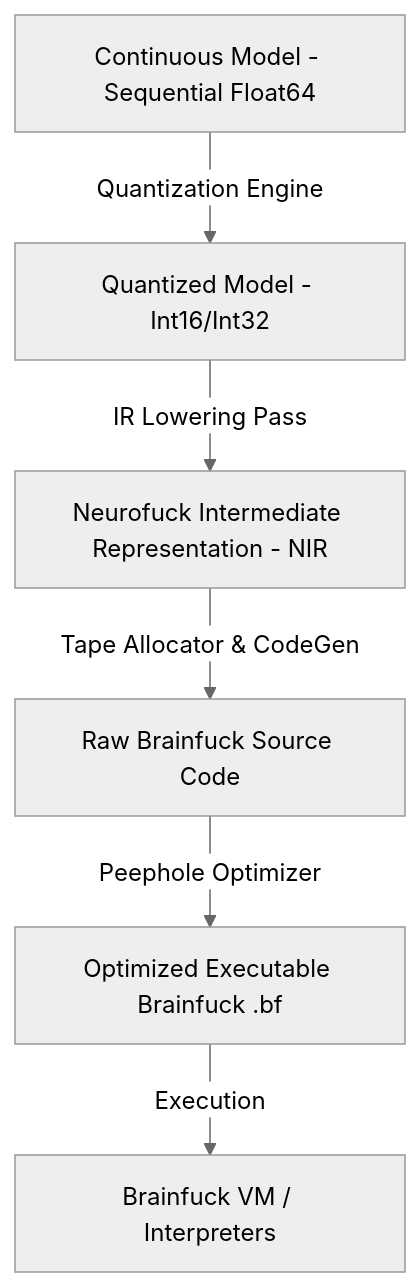
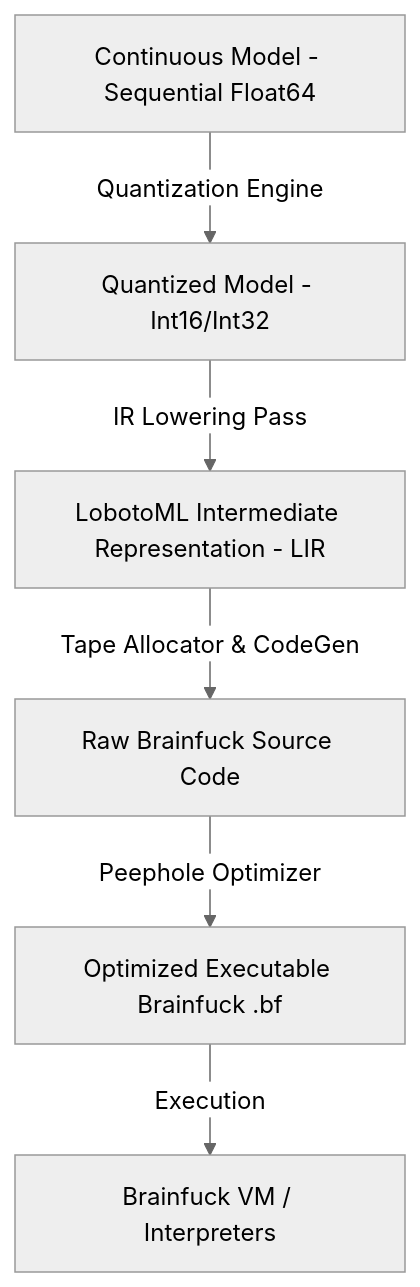
Before and after one commit to Ad1th/lobotoml: the diagram in docs/compiler_pipeline.md, drawn with Mermaid (neutral theme). The commit also changed other lines of this file and 37 other files, not shown here.

````diff
--- a/docs/compiler_pipeline.md
+++ b/docs/compiler_pipeline.md
@@ -9,8 +9,8 @@
 ```mermaid
 graph TD
     A[Continuous Model - Sequential Float64] -->|Quantization Engine| B[Quantized Model - Int16/Int32]
-    B -->|IR Lowering Pass| C[Neurofuck Intermediate Representation - NIR]
+    B -->|IR Lowering Pass| C[LobotoML Intermediate Representation - LIR]
     C -->|Tape Allocator & CodeGen| D[Raw Brainfuck Source Code]
     D -->|Peephole Optimizer| E[Optimized Executable Brainfuck .bf]
     E -->|Execution| F[Brainfuck VM / Interpreters]
 ```
````
